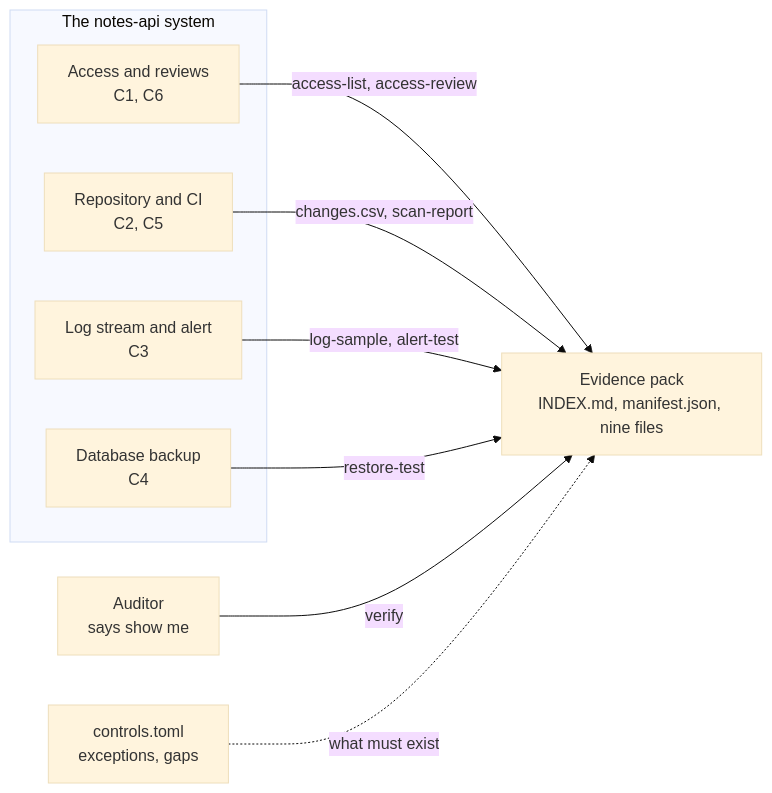
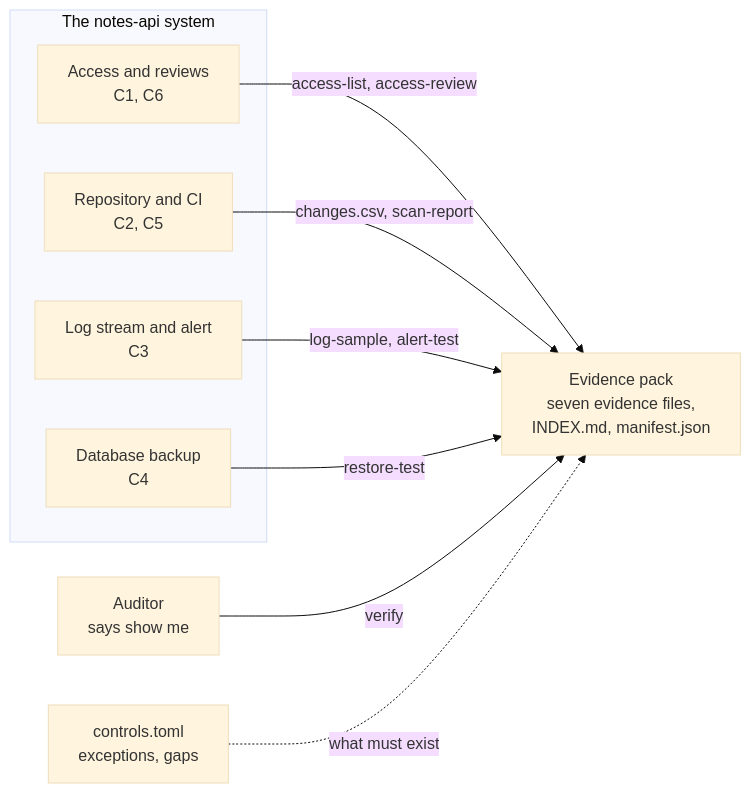
One commit to plainround-projects/compliance-controls-and-evidence changed the diagram in ARCHITECTURE.md. Above: the diagram before and after it, drawn with Mermaid (base theme). The commit also changed 1 other file, not shown here.

Commit message:
docs: align the architecture notes with the code

````diff
--- a/ARCHITECTURE.md
+++ b/ARCHITECTURE.md
@@ -25,17 +25,17 @@
 ```mermaid
 flowchart LR
     aud["Auditor<br/>says show me"]
     subgraph sys["The notes-api system"]
         iam["Access and reviews<br/>C1, C6"]
         repo["Repository and CI<br/>C2, C5"]
         logs["Log stream and alert<br/>C3"]
         bak["Database backup<br/>C4"]
     end
-    pack["Evidence pack<br/>INDEX.md, manifest.json, nine files"]
+    pack["Evidence pack<br/>seven evidence files,<br/>INDEX.md, manifest.json"]
     iam -->|"access-list, access-review"| pack
     repo -->|"changes.csv, scan-report"| pack
     logs -->|"log-sample, alert-test"| pack
     bak -->|"restore-test"| pack
     aud -->|"verify"| pack
     matrix["controls.toml<br/>exceptions, gaps"] -.->|"what must exist"| pack
 ```
````
